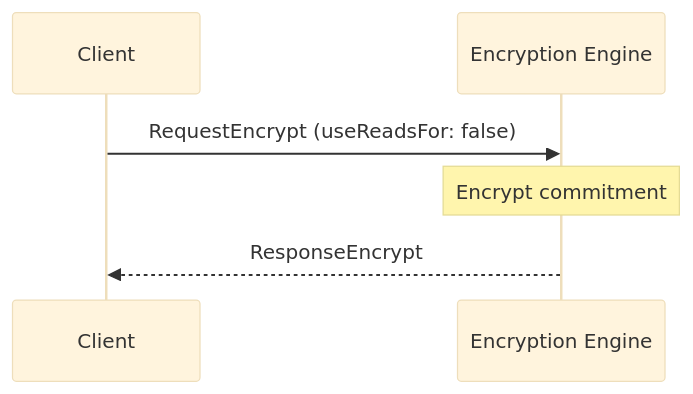
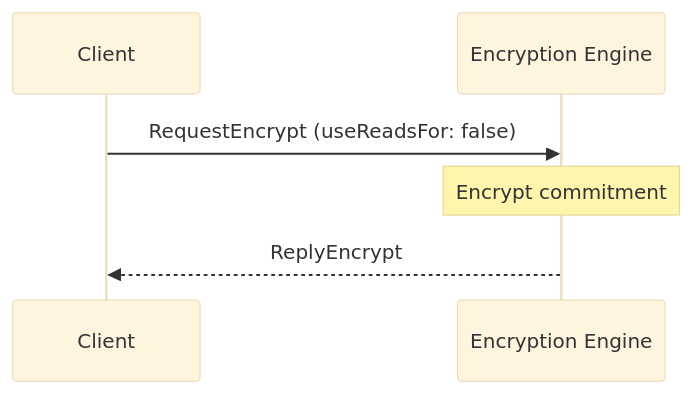
One commit to anoma/nspec changed the first of 2 diagrams in docs/arch/node/engines/encryption_messages.juvix.md. Above: the diagram before and after it, drawn with Mermaid (base theme). The commit also changed other lines of this file and 37 other files, not shown here.

Commit message:
Renamed all instances of "Response" to "Reply" in message interfaces for consistency across commitment, decryption, identity management, and other engines.

````diff
--- a/docs/arch/node/engines/encryption_messages.juvix.md
+++ b/docs/arch/node/engines/encryption_messages.juvix.md
@@ -33,9 +33,9 @@
 ```mermaid
 sequenceDiagram
     participant C as Client
     participant EE as Encryption Engine
 
     C->>EE: RequestEncrypt (useReadsFor: false)
     Note over EE: Encrypt commitment
-    EE-->>C: ResponseEncrypt
+    EE-->>C: ReplyEncrypt
 ```
````
